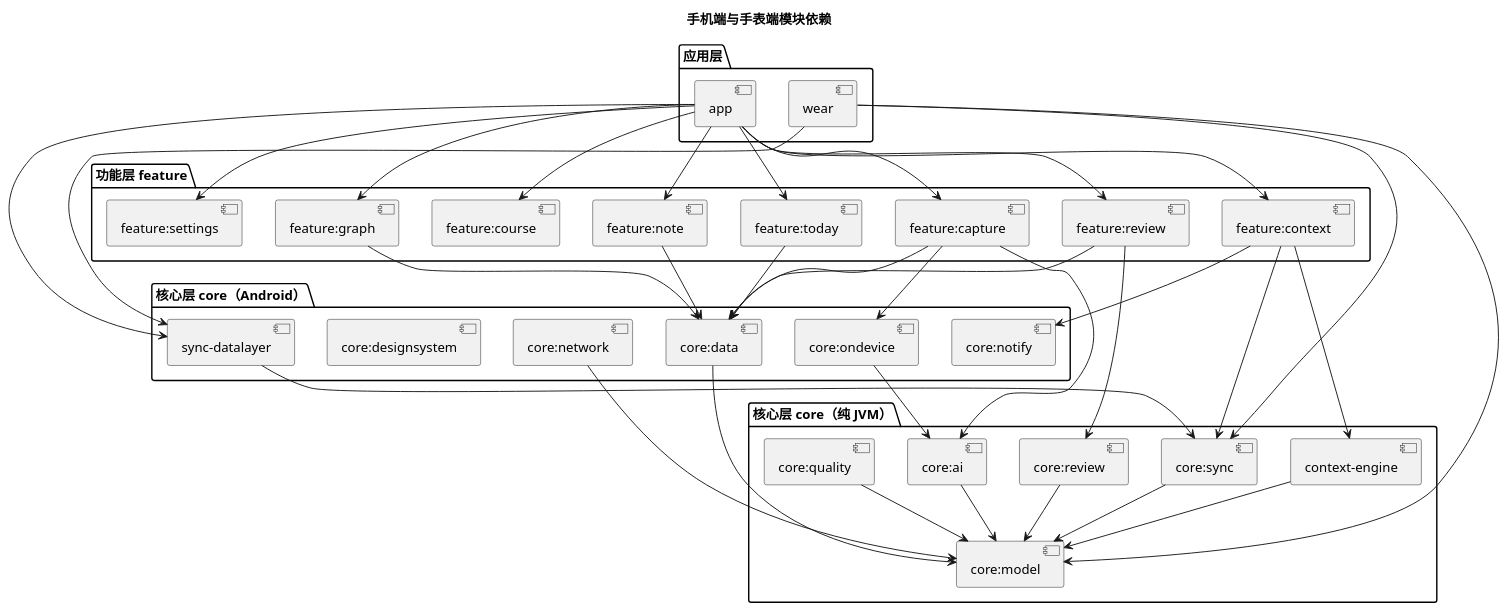
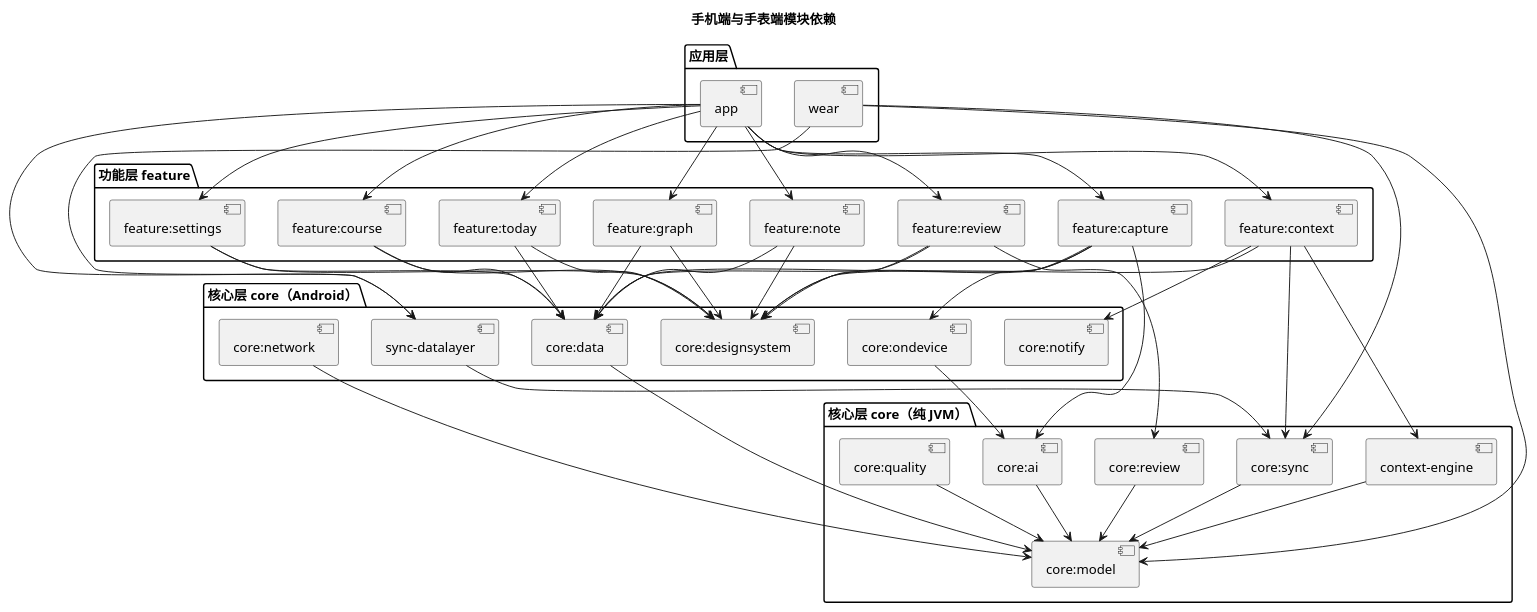
The second of 3 diagrams in docs/02-design/01-architecture.md (Haoyu-Wang818/lingxi), drawn with PlantUML before and after one commit. The commit also changed other lines of this file and 11 other files, not shown here.

First line of the commit message:
docs: 架构图补齐设计系统依赖，CLAUDE.md 同步新模块 [LX-DES-01]

````diff
--- a/docs/02-design/01-architecture.md
+++ b/docs/02-design/01-architecture.md
@@ -54,67 +54,77 @@
 ```plantuml
 @startuml
 title 手机端与手表端模块依赖
 package "应用层" {
   [app] as app
   [wear] as wear
 }
 package "功能层 feature" {
   [feature:today] as ftoday
   [feature:review] as freview
   [feature:capture] as fcapture
   [feature:note] as fnote
   [feature:graph] as fgraph
   [feature:course] as fcourse
   [feature:context] as fctx
   [feature:settings] as fset
 }
 package "核心层 core（Android）" {
   [core:data] as data
   [core:network] as net
   [core:ondevice] as ondev
   [core:notify] as notify
   [core:designsystem] as ds
   [sync-datalayer] as dl
 }
 package "核心层 core（纯 JVM）" {
   [core:model] as model
   [core:review] as review
   [core:ai] as ai
   [core:sync] as sync
   [core:quality] as quality
   [context-engine] as ctx
 }
 app --> ftoday
 app --> freview
 app --> fcapture
 app --> fnote
 app --> fgraph
 app --> fcourse
 app --> fctx
 app --> fset
 wear --> sync
 wear --> model
 ftoday --> data
 freview --> data
 freview --> review
 fcapture --> ondev
 fcapture --> data
 fcapture --> ai
 fnote --> data
 fgraph --> data
 fctx --> ctx
 fctx --> notify
 fctx --> sync
+ftoday --> ds
+freview --> ds
+fcapture --> ds
+fnote --> ds
+fgraph --> ds
+fcourse --> ds
+fctx --> ds
+fset --> ds
+fcourse --> data
+fset --> data
 dl --> sync
 app --> dl
 wear --> dl
 data --> model
 net --> model
 ondev --> ai
 ai --> model
 review --> model
 sync --> model
 quality --> model
 ctx --> model
 @enduml
 ```
````
